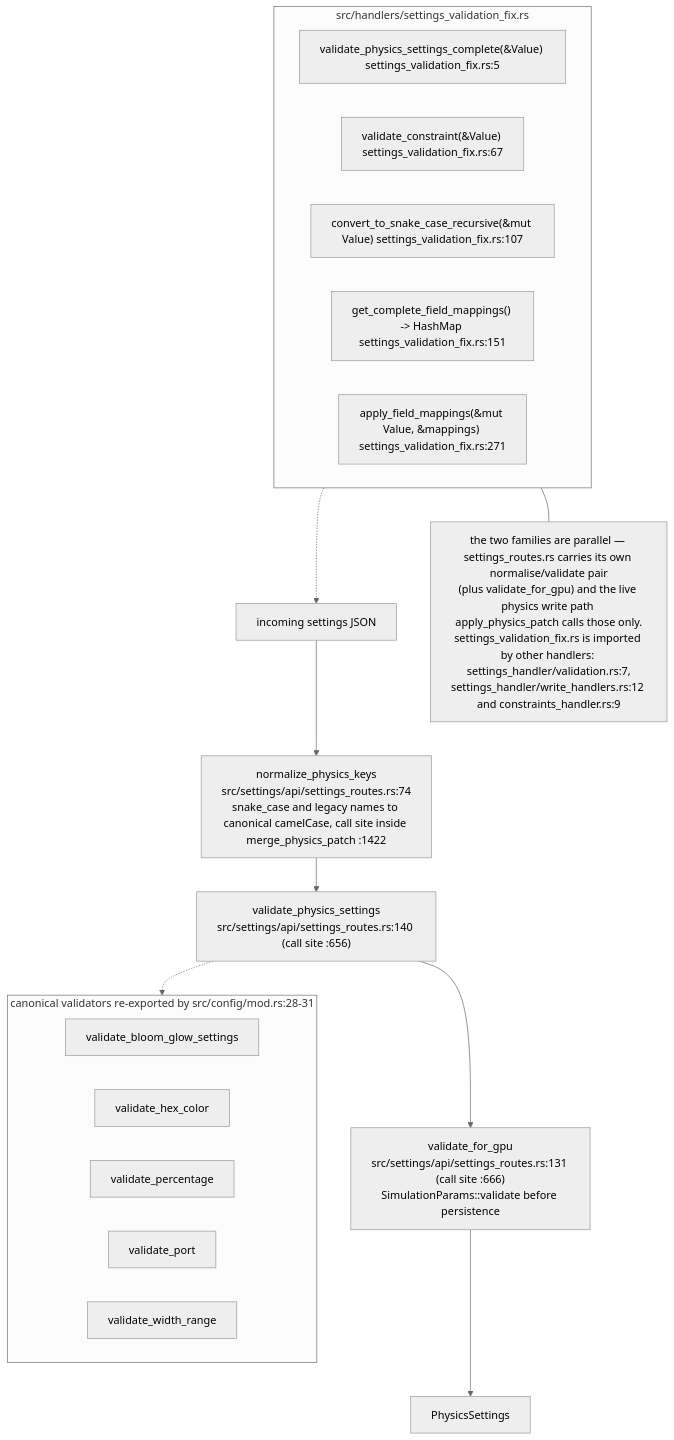
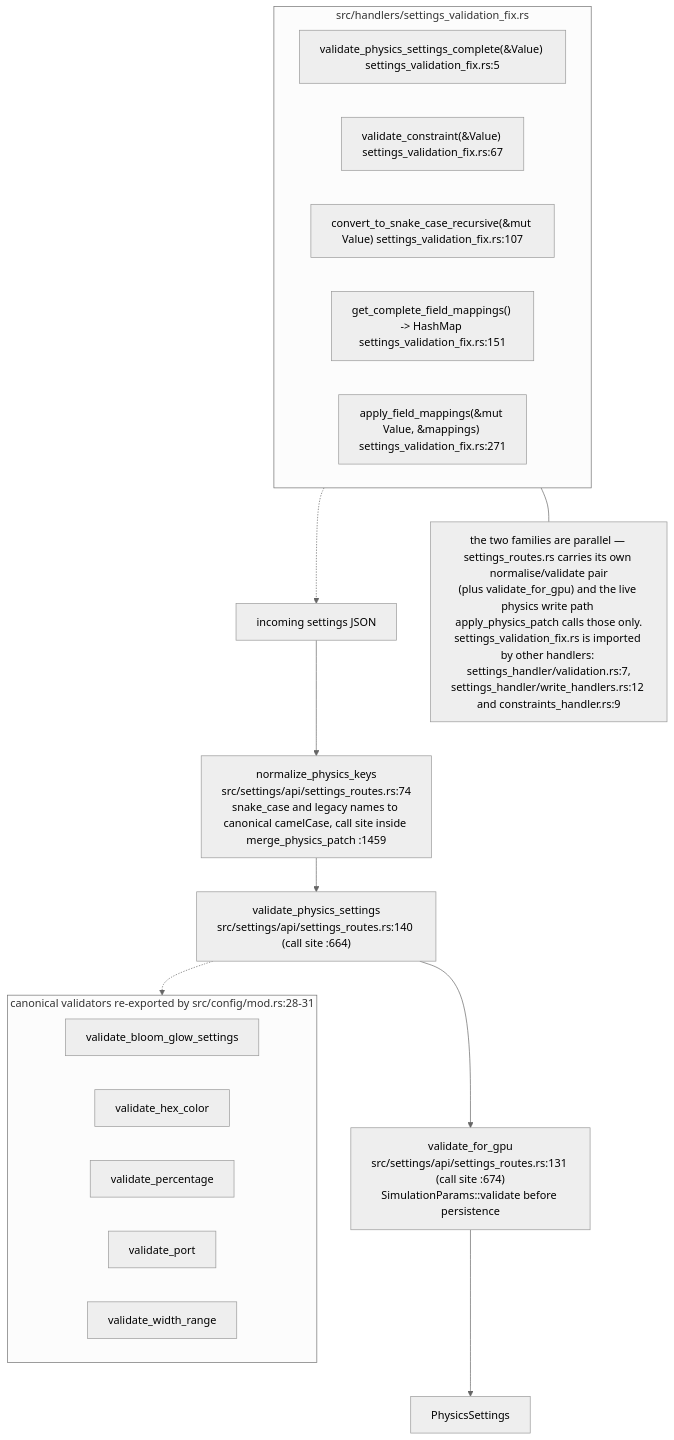
Before and after one commit to DreamLab-AI/VisionFlow: the seventh of 9 diagrams in docs/diagrams/visionclaw/06-settings-round-trip.md, drawn with Mermaid (neutral theme). The commit also changed other lines of this file and 46 other files, not shown here.

Commit message:
docs(diagrams): re-verify VisionClaw topics at 809a859aa/a950f4d80 after the consolidation pass

````diff
--- a/docs/diagrams/visionclaw/06-settings-round-trip.md
+++ b/docs/diagrams/visionclaw/06-settings-round-trip.md
@@ -291,26 +286,26 @@
 ```mermaid
 flowchart TB
     IN["incoming settings JSON"]
-    IN --> N1["normalize_physics_keys<br/>src/settings/api/settings_routes.rs:74<br/>snake_case and legacy names to canonical camelCase, call site inside merge_physics_patch :1422"]
-    N1 --> V1["validate_physics_settings<br/>src/settings/api/settings_routes.rs:140 (call site :656)"]
-    V1 --> G1["validate_for_gpu<br/>src/settings/api/settings_routes.rs:131 (call site :666)<br/>SimulationParams::validate before persistence"]
+    IN --> N1["normalize_physics_keys<br/>src/settings/api/settings_routes.rs:74<br/>snake_case and legacy names to canonical camelCase, call site inside merge_physics_patch :1459"]
+    N1 --> V1["validate_physics_settings<br/>src/settings/api/settings_routes.rs:140 (call site :664)"]
+    V1 --> G1["validate_for_gpu<br/>src/settings/api/settings_routes.rs:131 (call site :674)<br/>SimulationParams::validate before persistence"]
     G1 --> OUT["PhysicsSettings"]
     subgraph FIX["src/handlers/settings_validation_fix.rs"]
         F1["validate_physics_settings_complete(&Value) settings_validation_fix.rs:5"]
         F2["validate_constraint(&Value) settings_validation_fix.rs:67"]
         F3["convert_to_snake_case_recursive(&mut Value) settings_validation_fix.rs:107"]
         F4["get_complete_field_mappings() -> HashMap settings_validation_fix.rs:151"]
         F5["apply_field_mappings(&mut Value, &mappings) settings_validation_fix.rs:271"]
     end
     subgraph DOM["canonical validators re-exported by src/config/mod.rs:28-31"]
         D1["validate_bloom_glow_settings"]
         D2["validate_hex_color"]
         D3["validate_percentage"]
         D4["validate_port"]
         D5["validate_width_range"]
     end
     V1 -.-> DOM
     FIX -.-> IN
     NOTE["the two families are parallel — settings_routes.rs carries its own normalise/validate pair<br/>(plus validate_for_gpu) and the live physics write path apply_physics_patch calls those only.<br/>settings_validation_fix.rs is imported by other handlers: settings_handler/validation.rs:7,<br/>settings_handler/write_handlers.rs:12 and constraints_handler.rs:9"]
     FIX --- NOTE
 ```
````
